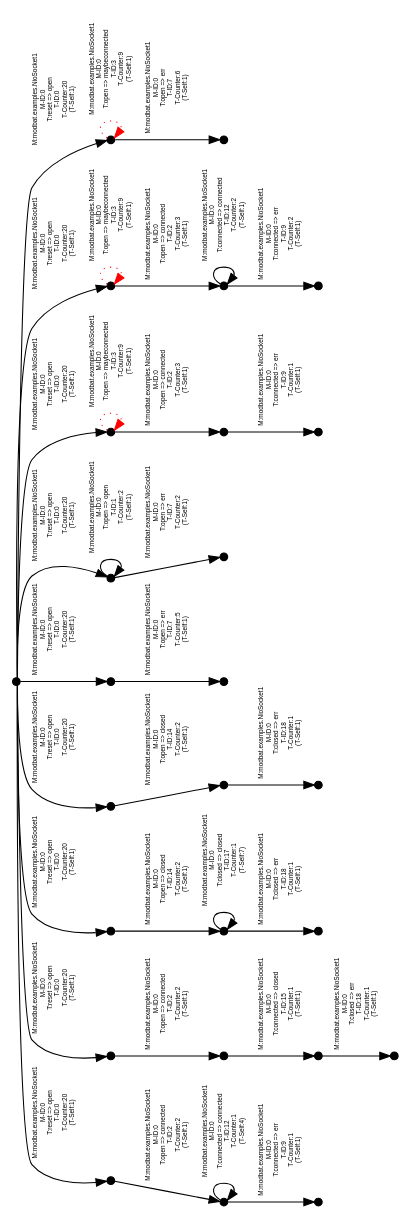
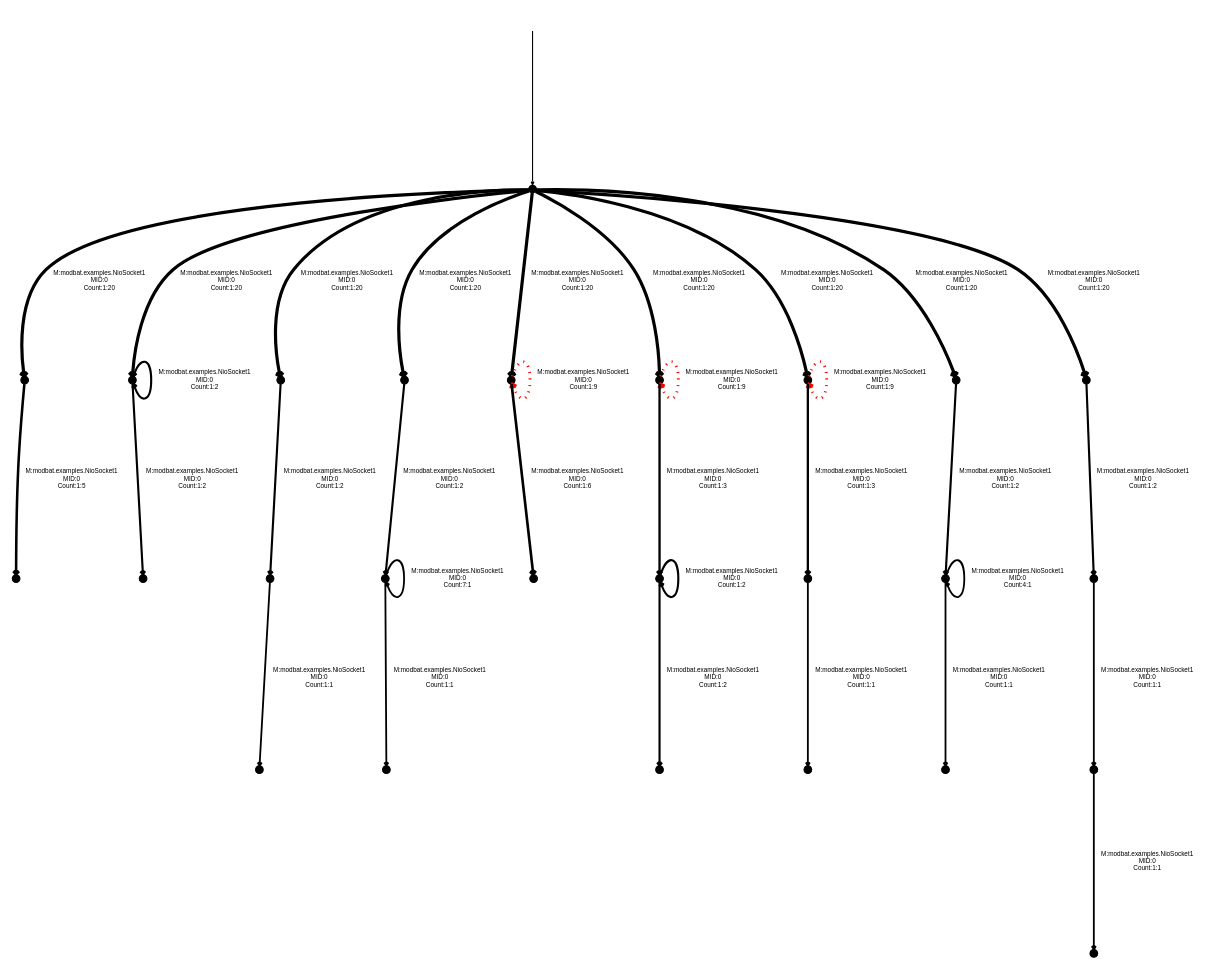
One commit to cyrille-artho/modbat changed the diagram in log/nio-path-point-20.dot. Above: the diagram before and after it, drawn with Graphviz. The commit also changed 19 other files, not shown here.

Commit message:
add test case in test.sh for path coverage of NioSocket1

```diff
--- a/log/nio-path-point-20.dot
+++ b/log/nio-path-point-20.dot
@@ -1,38 +1,41 @@
 digraph model {
-  orientation = landscape;
-  graph [ rankdir = "TB", ranksep="0.3", nodesep="0.2" ];
-  node [ fontname = "Helvetica", fontsize="6.0", shape="point", margin="0.07", height="0.1" ];
-  edge [ fontname = "Helvetica", fontsize="6.0", margin="0.05" ];
-0->1[label = "M:modbat.examples.NioSocket1\nM-ID:0\nT:reset => open\nT-ID:0\nT-Counter:20\n(T-Self:1)"];
-1->2[label = "M:modbat.examples.NioSocket1\nM-ID:0\nT:open => connected\nT-ID:2\nT-Counter:2\n(T-Self:1)"];
-2->2[label = "M:modbat.examples.NioSocket1\nM-ID:0\nT:connected => connected\nT-ID:12\nT-Counter:1\n(T-Self:4)"];
-2->3[label = "M:modbat.examples.NioSocket1\nM-ID:0\nT:connected => err\nT-ID:9\nT-Counter:1\n(T-Self:1)"];
-0->4[label = "M:modbat.examples.NioSocket1\nM-ID:0\nT:reset => open\nT-ID:0\nT-Counter:20\n(T-Self:1)"];
-4->5[label = "M:modbat.examples.NioSocket1\nM-ID:0\nT:open => connected\nT-ID:2\nT-Counter:2\n(T-Self:1)"];
-5->6[label = "M:modbat.examples.NioSocket1\nM-ID:0\nT:connected => closed\nT-ID:15\nT-Counter:1\n(T-Self:1)"];
-6->7[label = "M:modbat.examples.NioSocket1\nM-ID:0\nT:closed => err\nT-ID:18\nT-Counter:1\n(T-Self:1)"];
-0->8[label = "M:modbat.examples.NioSocket1\nM-ID:0\nT:reset => open\nT-ID:0\nT-Counter:20\n(T-Self:1)"];
-8->9[label = "M:modbat.examples.NioSocket1\nM-ID:0\nT:open => closed\nT-ID:14\nT-Counter:2\n(T-Self:1)"];
-9->9[label = "M:modbat.examples.NioSocket1\nM-ID:0\nT:closed => closed\nT-ID:17\nT-Counter:1\n(T-Self:7)"];
-9->10[label = "M:modbat.examples.NioSocket1\nM-ID:0\nT:closed => err\nT-ID:18\nT-Counter:1\n(T-Self:1)"];
-0->11[label = "M:modbat.examples.NioSocket1\nM-ID:0\nT:reset => open\nT-ID:0\nT-Counter:20\n(T-Self:1)"];
-11->12[label = "M:modbat.examples.NioSocket1\nM-ID:0\nT:open => closed\nT-ID:14\nT-Counter:2\n(T-Self:1)"];
-12->13[label = "M:modbat.examples.NioSocket1\nM-ID:0\nT:closed => err\nT-ID:18\nT-Counter:1\n(T-Self:1)"];
-0->14[label = "M:modbat.examples.NioSocket1\nM-ID:0\nT:reset => open\nT-ID:0\nT-Counter:20\n(T-Self:1)"];
-14->15[label = "M:modbat.examples.NioSocket1\nM-ID:0\nT:open => err\nT-ID:7\nT-Counter:5\n(T-Self:1)"];
-0->16[label = "M:modbat.examples.NioSocket1\nM-ID:0\nT:reset => open\nT-ID:0\nT-Counter:20\n(T-Self:1)"];
-16->16[label = "M:modbat.examples.NioSocket1\nM-ID:0\nT:open => open\nT-ID:1\nT-Counter:2\n(T-Self:1)"];
-16->17[label = "M:modbat.examples.NioSocket1\nM-ID:0\nT:open => err\nT-ID:7\nT-Counter:2\n(T-Self:1)"];
-0->18[label = "M:modbat.examples.NioSocket1\nM-ID:0\nT:reset => open\nT-ID:0\nT-Counter:20\n(T-Self:1)"];
-18->18[style=dotted, color=red,label = "M:modbat.examples.NioSocket1\nM-ID:0\nT:open => maybeconnected\nT-ID:3\nT-Counter:9\n(T-Self:1)"];
-18->19[label = "M:modbat.examples.NioSocket1\nM-ID:0\nT:open => connected\nT-ID:2\nT-Counter:3\n(T-Self:1)"];
-19->20[label = "M:modbat.examples.NioSocket1\nM-ID:0\nT:connected => err\nT-ID:9\nT-Counter:1\n(T-Self:1)"];
-0->21[label = "M:modbat.examples.NioSocket1\nM-ID:0\nT:reset => open\nT-ID:0\nT-Counter:20\n(T-Self:1)"];
-21->21[style=dotted, color=red,label = "M:modbat.examples.NioSocket1\nM-ID:0\nT:open => maybeconnected\nT-ID:3\nT-Counter:9\n(T-Self:1)"];
-21->22[label = "M:modbat.examples.NioSocket1\nM-ID:0\nT:open => connected\nT-ID:2\nT-Counter:3\n(T-Self:1)"];
-22->22[label = "M:modbat.examples.NioSocket1\nM-ID:0\nT:connected => connected\nT-ID:12\nT-Counter:2\n(T-Self:1)"];
-22->23[label = "M:modbat.examples.NioSocket1\nM-ID:0\nT:connected => err\nT-ID:9\nT-Counter:2\n(T-Self:1)"];
-0->24[label = "M:modbat.examples.NioSocket1\nM-ID:0\nT:reset => open\nT-ID:0\nT-Counter:20\n(T-Self:1)"];
-24->24[style=dotted, color=red,label = "M:modbat.examples.NioSocket1\nM-ID:0\nT:open => maybeconnected\nT-ID:3\nT-Counter:9\n(T-Self:1)"];
-24->25[label = "M:modbat.examples.NioSocket1\nM-ID:0\nT:open => err\nT-ID:7\nT-Counter:6\n(T-Self:1)"];
+  orientation = portrait;
+  graph [ rankdir = "TB", ranksep="2", nodesep="0.2" ];
+  node [ fontname = "Helvetica", fontsize="6.0", style=rounded, shape="point", margin="0.07", height="0.1" ];
+  edge [ fontname = "Helvetica", arrowsize=".3", arrowhead="vee", fontsize="6.0", margin="0.05" ];
+None [shape=none, style=invis, width=0.1, height=0.1]
+None->0
+{rank = source; None}
+0->1[penwidth="3.0",label = " M:modbat.examples.NioSocket1\nMID:0\nCount:1:20 "];
+1->2[penwidth="2.3979400086720375",label = " M:modbat.examples.NioSocket1\nMID:0\nCount:1:5 "];
+0->3[penwidth="3.0",label = " M:modbat.examples.NioSocket1\nMID:0\nCount:1:20 "];
+3->3[penwidth="2.0",label = " M:modbat.examples.NioSocket1\nMID:0\nCount:1:2 "];
+3->4[penwidth="2.0",label = " M:modbat.examples.NioSocket1\nMID:0\nCount:1:2 "];
+0->5[penwidth="3.0",label = " M:modbat.examples.NioSocket1\nMID:0\nCount:1:20 "];
+5->6[penwidth="2.0",label = " M:modbat.examples.NioSocket1\nMID:0\nCount:1:2 "];
+6->7[penwidth="1.6989700043360187",label = " M:modbat.examples.NioSocket1\nMID:0\nCount:1:1 "];
+0->8[penwidth="3.0",label = " M:modbat.examples.NioSocket1\nMID:0\nCount:1:20 "];
+8->9[penwidth="2.0",label = " M:modbat.examples.NioSocket1\nMID:0\nCount:1:2 "];
+9->9[penwidth="1.6989700043360187",label = " M:modbat.examples.NioSocket1\nMID:0\nCount:7:1 "];
+9->10[penwidth="1.6989700043360187",label = " M:modbat.examples.NioSocket1\nMID:0\nCount:1:1 "];
+0->11[penwidth="3.0",label = " M:modbat.examples.NioSocket1\nMID:0\nCount:1:20 "];
+11->11[style=dotted, color=red,penwidth="2.653212513775344",label = " M:modbat.examples.NioSocket1\nMID:0\nCount:1:9 "];
+11->12[penwidth="2.4771212547196626",label = " M:modbat.examples.NioSocket1\nMID:0\nCount:1:6 "];
+0->13[penwidth="3.0",label = " M:modbat.examples.NioSocket1\nMID:0\nCount:1:20 "];
+13->13[style=dotted, color=red,penwidth="2.653212513775344",label = " M:modbat.examples.NioSocket1\nMID:0\nCount:1:9 "];
+13->14[penwidth="2.1760912590556813",label = " M:modbat.examples.NioSocket1\nMID:0\nCount:1:3 "];
+14->14[penwidth="2.0",label = " M:modbat.examples.NioSocket1\nMID:0\nCount:1:2 "];
+14->15[penwidth="2.0",label = " M:modbat.examples.NioSocket1\nMID:0\nCount:1:2 "];
+0->16[penwidth="3.0",label = " M:modbat.examples.NioSocket1\nMID:0\nCount:1:20 "];
+16->16[style=dotted, color=red,penwidth="2.653212513775344",label = " M:modbat.examples.NioSocket1\nMID:0\nCount:1:9 "];
+16->17[penwidth="2.1760912590556813",label = " M:modbat.examples.NioSocket1\nMID:0\nCount:1:3 "];
+17->18[penwidth="1.6989700043360187",label = " M:modbat.examples.NioSocket1\nMID:0\nCount:1:1 "];
+0->19[penwidth="3.0",label = " M:modbat.examples.NioSocket1\nMID:0\nCount:1:20 "];
+19->20[penwidth="2.0",label = " M:modbat.examples.NioSocket1\nMID:0\nCount:1:2 "];
+20->20[penwidth="1.6989700043360187",label = " M:modbat.examples.NioSocket1\nMID:0\nCount:4:1 "];
+20->21[penwidth="1.6989700043360187",label = " M:modbat.examples.NioSocket1\nMID:0\nCount:1:1 "];
+0->22[penwidth="3.0",label = " M:modbat.examples.NioSocket1\nMID:0\nCount:1:20 "];
+22->23[penwidth="2.0",label = " M:modbat.examples.NioSocket1\nMID:0\nCount:1:2 "];
+23->24[penwidth="1.6989700043360187",label = " M:modbat.examples.NioSocket1\nMID:0\nCount:1:1 "];
+24->25[penwidth="1.6989700043360187",label = " M:modbat.examples.NioSocket1\nMID:0\nCount:1:1 "];
 }
```
